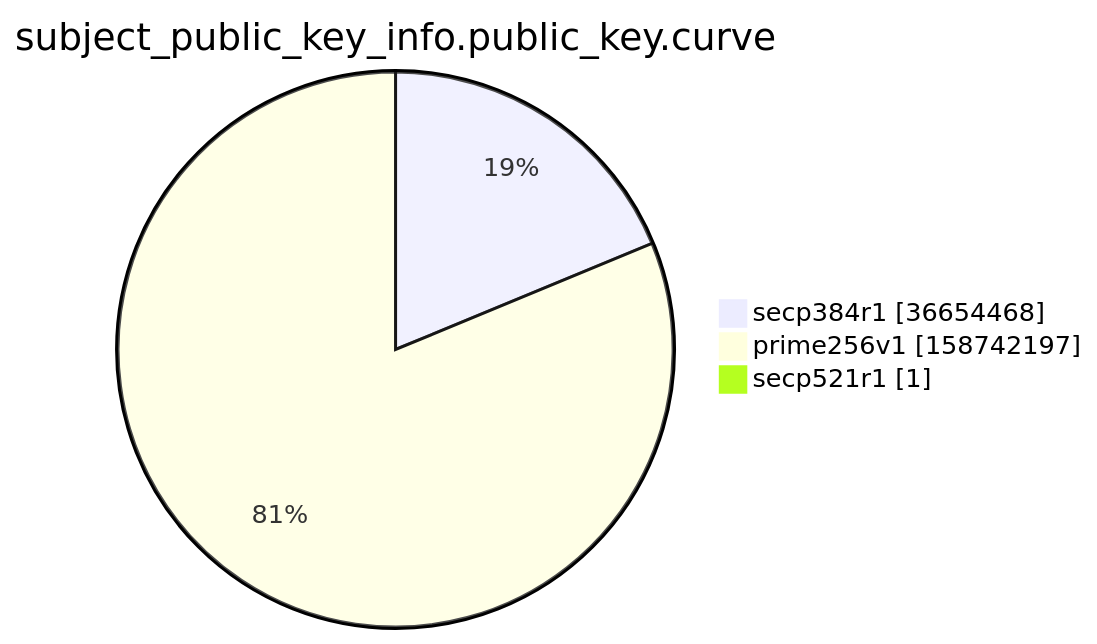
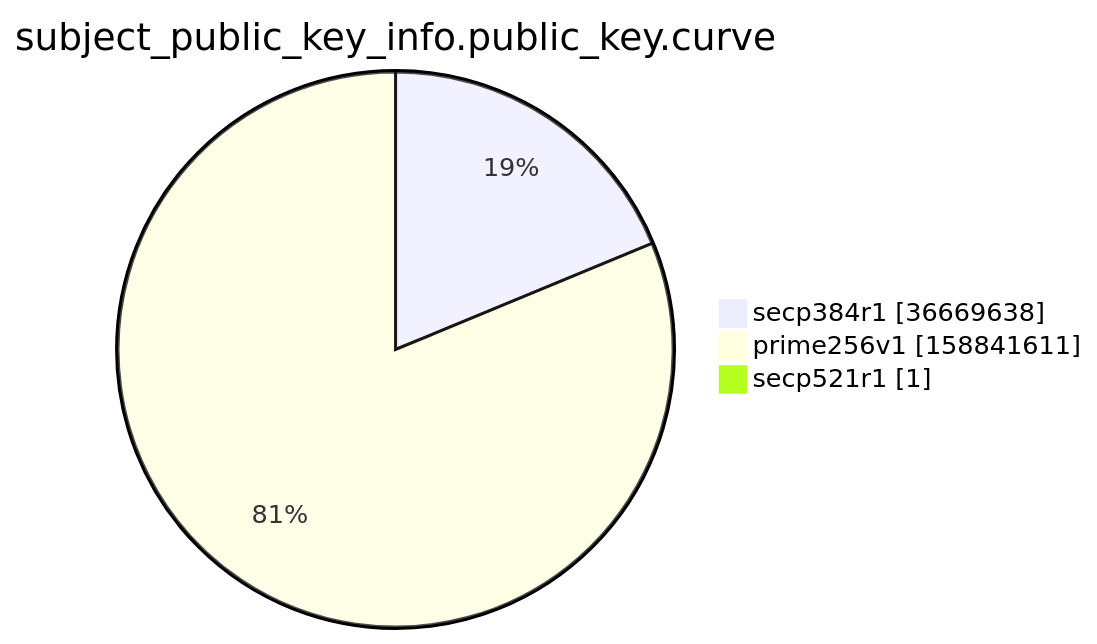
The ninth of 15 diagrams in argon2022/README.md (christiankrug/ctmonitor_visualization), drawn with Mermaid before and after one commit. The commit also changed other lines of this file, not shown here.

````diff
--- a/argon2022/README.md
+++ b/argon2022/README.md
@@ -2766,7 +2766,7 @@
 ```mermaid
 pie showData
 title subject_public_key_info.public_key.curve
-"secp384r1" :36654468
-"prime256v1" :158742197
+"secp384r1" :36669638
+"prime256v1" :158841611
 "secp521r1" :1
 ```
````
